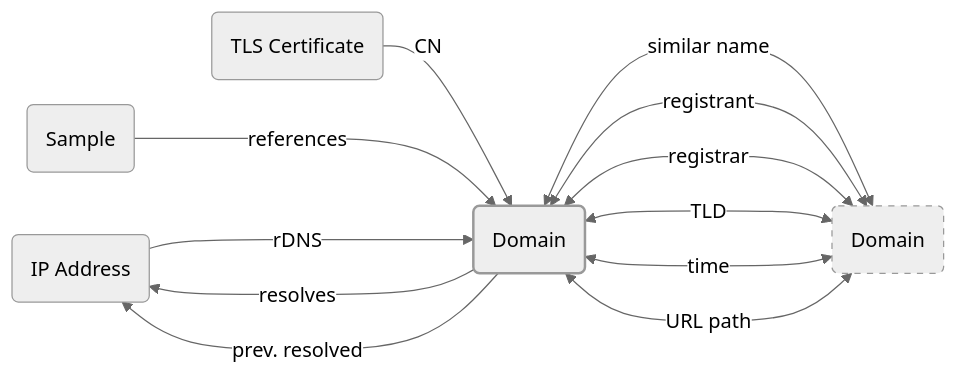
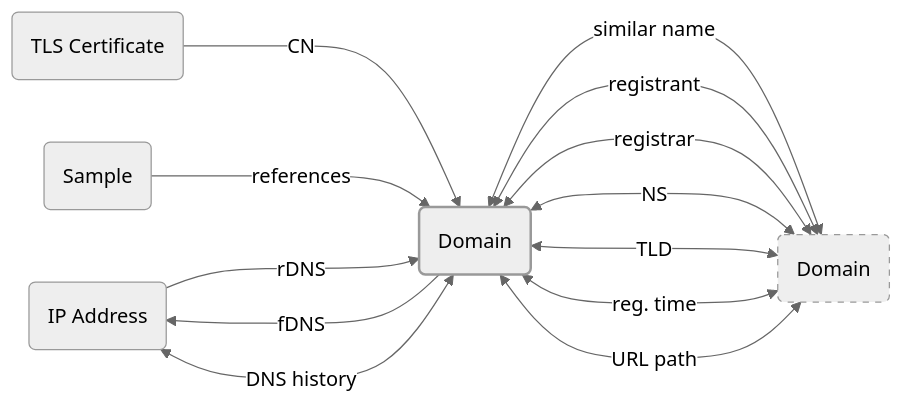
Before and after one commit to korniko98/pivot-atlas: the diagram in docs/artifacts/domain.md, drawn with Mermaid (neutral theme). The commit also changed other lines of this file and 2 other files, not shown here.

````diff
--- a/docs/artifacts/domain.md
+++ b/docs/artifacts/domain.md
@@ -29,31 +29,32 @@
 	```mermaid
 	flowchart LR
 		classDef primary stroke-width: 2px
 		classDef secondary stroke-dasharray: 5 5
 		
 		%% define nodes
 		IP_ADDRESS(IP Address)
 		DOMAIN(Domain):::primary
 		DOMAIN_(Domain):::secondary
 		TLS_CERT(TLS Certificate)
 		SAMPLE(Sample)
 		
 		%% define edges
-		DOMAIN -- resolves --> IP_ADDRESS
+		DOMAIN -- fDNS --> IP_ADDRESS
 		IP_ADDRESS -- rDNS ---> DOMAIN
-		DOMAIN -- prev. resolved --> IP_ADDRESS
-		TLS_CERT -- CN --> DOMAIN
+		DOMAIN <-- DNS history --> IP_ADDRESS
+		TLS_CERT -- CN ---> DOMAIN
 		DOMAIN <-- similar name ---> DOMAIN_
 		DOMAIN <-- registrant ---> DOMAIN_
 		DOMAIN <-- registrar --> DOMAIN_
+		DOMAIN <-- NS --> DOMAIN_
 		DOMAIN <-- TLD --> DOMAIN_
-		DOMAIN <-- time --> DOMAIN_
+		DOMAIN <-- reg. time --> DOMAIN_
 		DOMAIN <-- URL path --> DOMAIN_
 		SAMPLE -- references ---> DOMAIN
 		
 		%% define links
 		click IP_ADDRESS "#ip-addresses"
 		click DOMAIN_ "#domains"
 		click SAMPLE "#samples"
 		click TLS_CERT "#tls-certificate"
 	```
````
